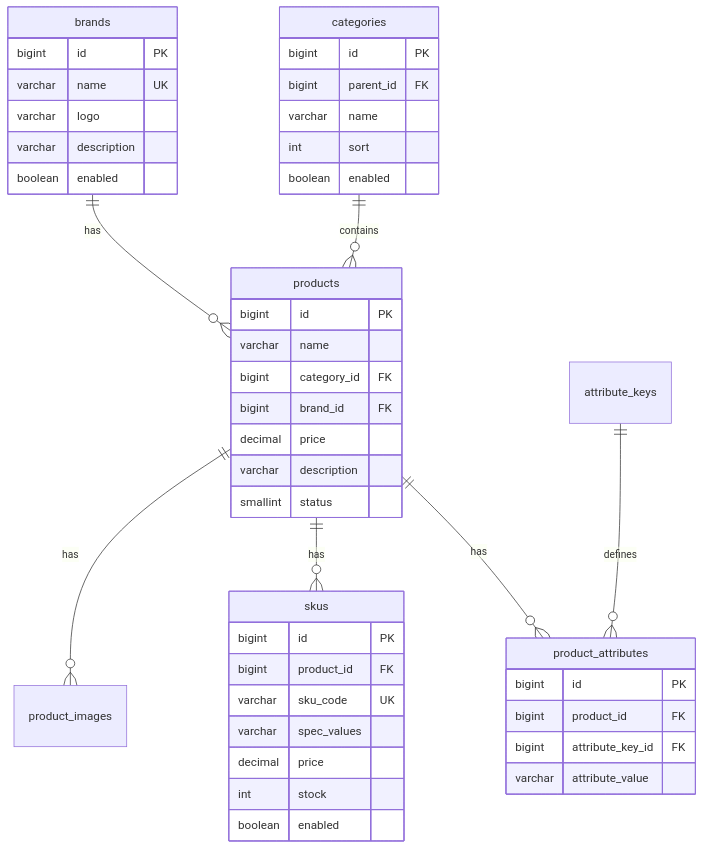
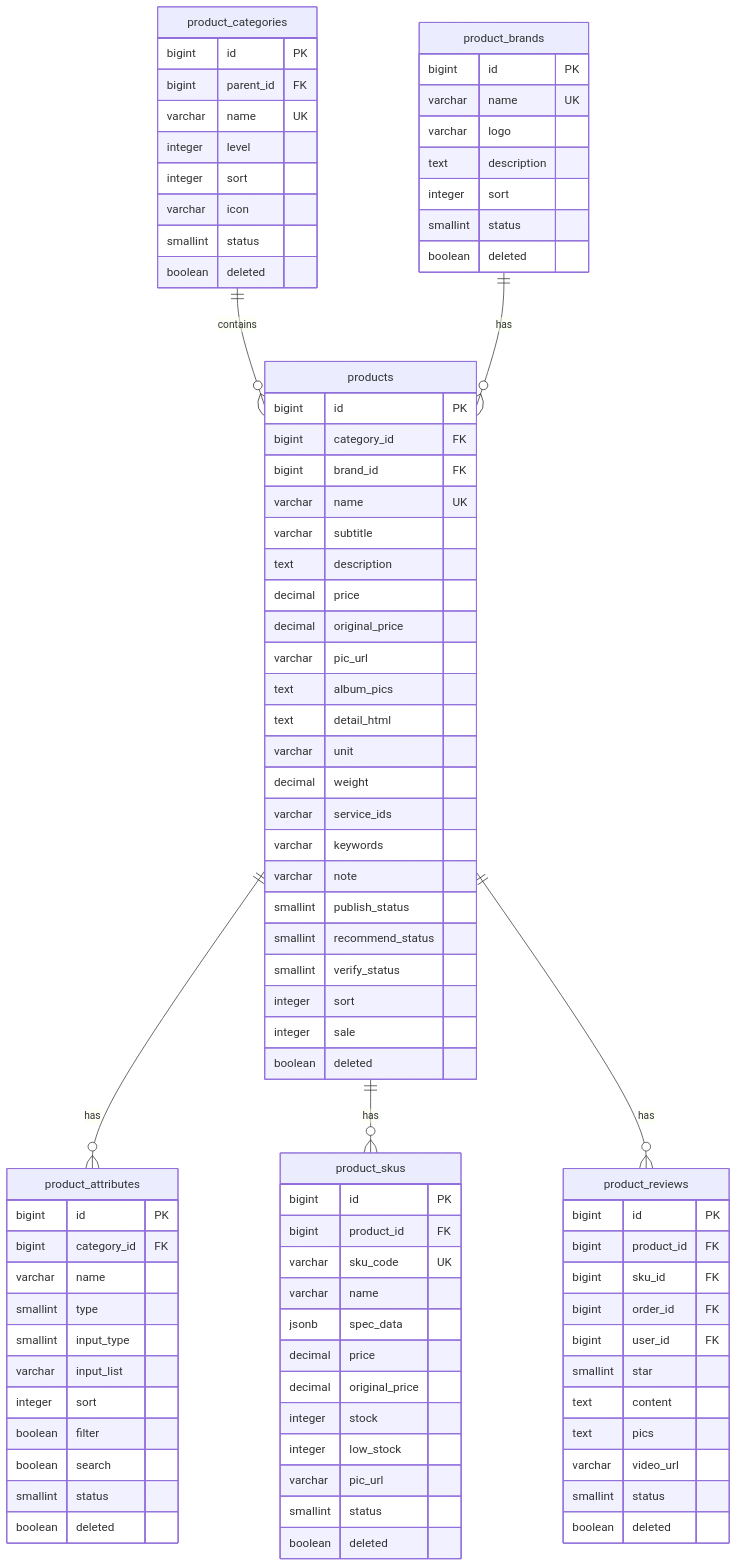
The fourth of 7 diagrams in docs/database-design.md (lying200/java-cloud), drawn with Mermaid before and after one commit. The commit also changed other lines of this file and 8 other files, not shown here.

````diff
--- a/docs/database-design.md
+++ b/docs/database-design.md
@@ -210,52 +210,97 @@
 ```mermaid
 erDiagram
-    categories ||--o{ products : "contains"
-    brands ||--o{ products : "has"
+    product_categories ||--o{ products : "contains"
+    product_brands ||--o{ products : "has"
     products ||--o{ product_attributes : "has"
-    products ||--o{ skus : "has"
-    products ||--o{ product_images : "has"
-    attribute_keys ||--o{ product_attributes : "defines"
+    products ||--o{ product_skus : "has"
+    products ||--o{ product_reviews : "has"
 
-    categories {
+    product_categories {
         bigint id PK
         bigint parent_id FK
-        varchar name
-        int sort
-        boolean enabled
+        varchar name UK
+        integer level
+        integer sort
+        varchar icon
+        smallint status
+        boolean deleted
     }
 
-    brands {
+    product_brands {
         bigint id PK
         varchar name UK
         varchar logo
-        varchar description
-        boolean enabled
+        text description
+        integer sort
+        smallint status
+        boolean deleted
+    }
+
+    product_attributes {
+        bigint id PK
+        bigint category_id FK
+        varchar name
+        smallint type
+        smallint input_type
+        varchar input_list
+        integer sort
+        boolean filter
+        boolean search
+        smallint status
+        boolean deleted
     }
 
     products {
         bigint id PK
-        varchar name
         bigint category_id FK
         bigint brand_id FK
+        varchar name UK
+        varchar subtitle
+        text description
         decimal price
-        varchar description
-        smallint status
+        decimal original_price
+        varchar pic_url
+        text album_pics
+        text detail_html
+        varchar unit
+        decimal weight
+        varchar service_ids
+        varchar keywords
+        varchar note
+        smallint publish_status
+        smallint recommend_status
+        smallint verify_status
+        integer sort
+        integer sale
+        boolean deleted
     }
 
-    skus {
+    product_skus {
         bigint id PK
         bigint product_id FK
         varchar sku_code UK
-        varchar spec_values
+        varchar name
+        jsonb spec_data
         decimal price
-        int stock
-        boolean enabled
+        decimal original_price
+        integer stock
+        integer low_stock
+        varchar pic_url
+        smallint status
+        boolean deleted
     }
 
-    product_attributes {
+    product_reviews {
         bigint id PK
         bigint product_id FK
-        bigint attribute_key_id FK
-        varchar attribute_value
+        bigint sku_id FK
+        bigint order_id FK
+        bigint user_id FK
+        smallint star
+        text content
+        text pics
+        varchar video_url
+        smallint status
+        boolean deleted
     }
 ```
````
